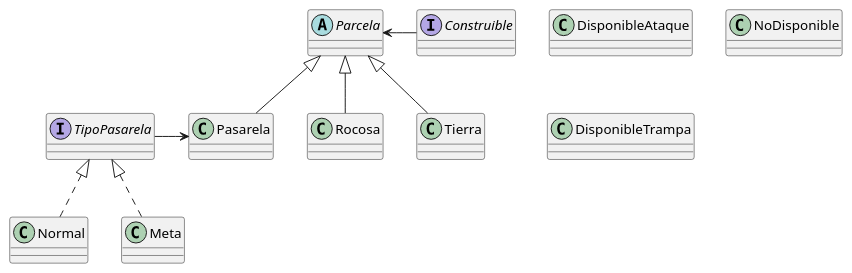
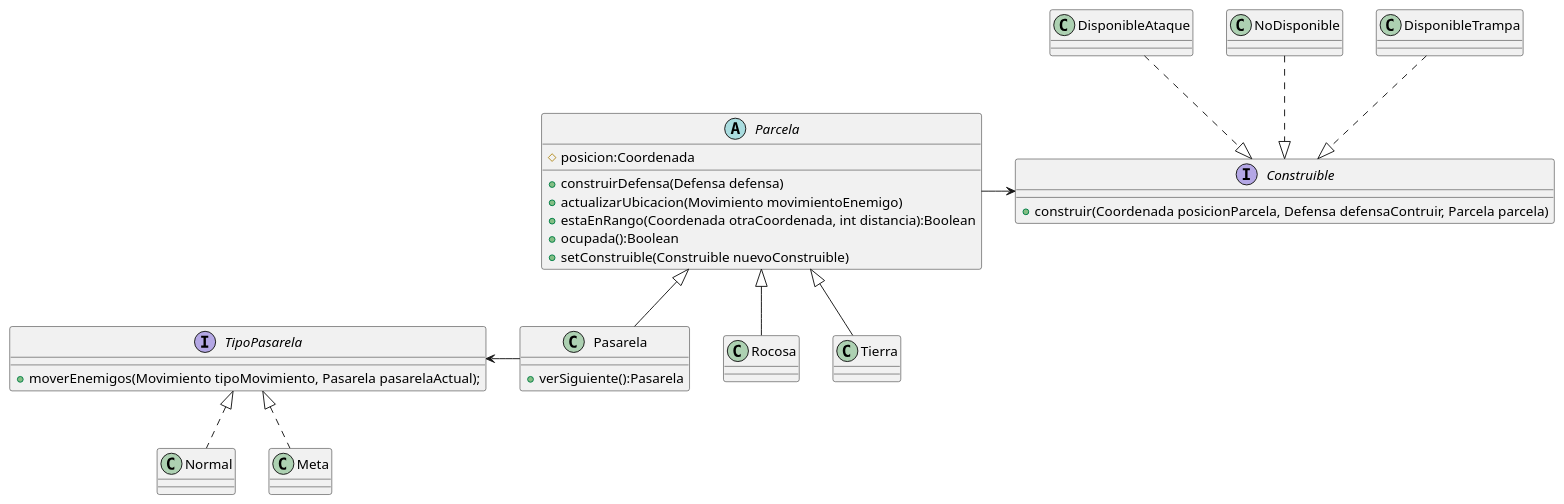
The diagram in diagrams/classes/ParcelasV2.plantuml (mogartio/Algo3), drawn with PlantUML before and after one commit. The commit also changed 3 other files, not shown here.

```diff
--- a/diagrams/classes/ParcelasV2.plantuml
+++ b/diagrams/classes/ParcelasV2.plantuml
@@ -1,31 +1,47 @@
 @startuml
 
-abstract class Parcela{}
+abstract class Parcela{
+# posicion:Coordenada
++ construirDefensa(Defensa defensa)
++ actualizarUbicacion(Movimiento movimientoEnemigo)
++ estaEnRango(Coordenada otraCoordenada, int distancia):Boolean
++ ocupada():Boolean
++ setConstruible(Construible nuevoConstruible)
+}
 
 class Rocosa{}
 class Tierra{}
-class Pasarela{}
+class Pasarela{
++ verSiguiente():Pasarela
+}
 
-interface TipoPasarela{}
+interface TipoPasarela{
++ moverEnemigos(Movimiento tipoMovimiento, Pasarela pasarelaActual);
+}
 
 class Normal{}
 class Meta{}
 
-interface Construible{}
+interface Construible{
++ construir(Coordenada posicionParcela, Defensa defensaContruir, Parcela parcela)
+}
 
 class DisponibleAtaque{}
 class NoDisponible{}
 class DisponibleTrampa{}
 
 TipoPasarela <|.. Normal
 TipoPasarela <|.. Meta
-TipoPasarela -> Pasarela
+TipoPasarela <- Pasarela
 
-Parcela <- Construible
+Parcela -> Construible
 
 Parcela <|-- Rocosa
 Parcela <|-- Tierra
 Parcela <|-- Pasarela
 
+DisponibleAtaque ..|> Construible
+DisponibleTrampa ..|> Construible
+NoDisponible ..|> Construible
 
 @enduml
```
